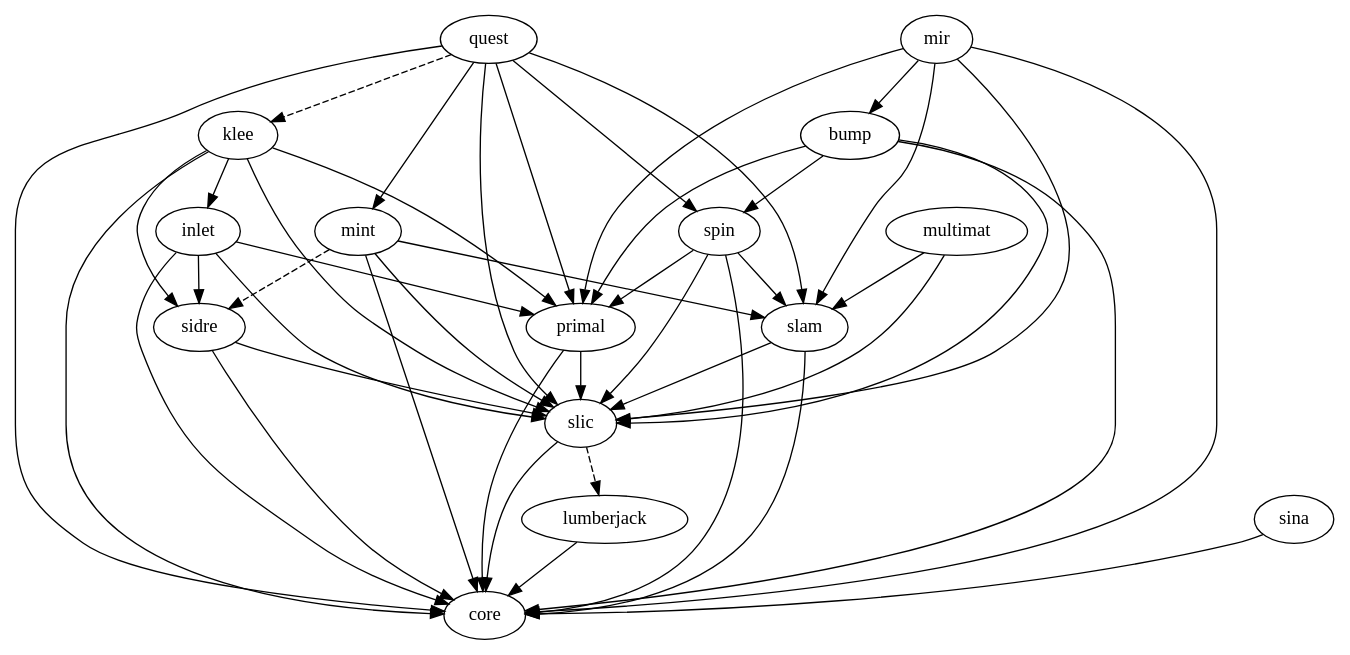
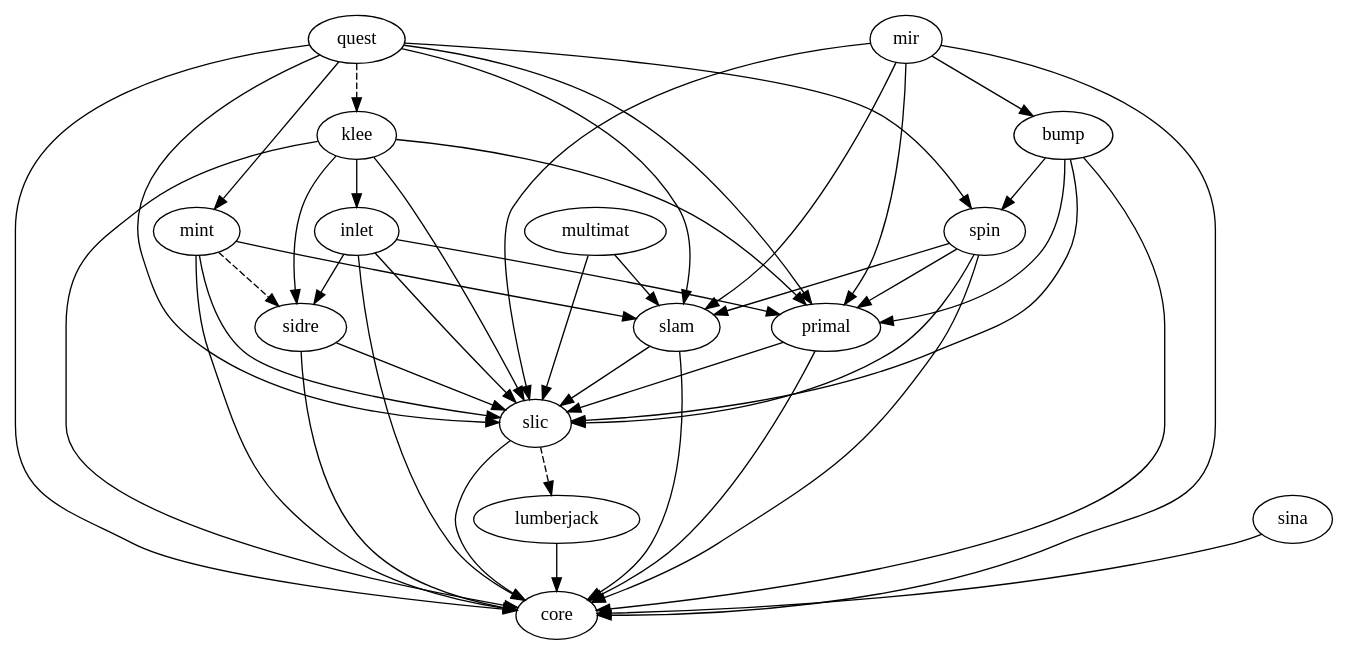
Before and after one commit to llnl/axom: the diagram in src/docs/dependencies.dot, drawn with Graphviz.

Commit message:
Simplication of dependencies.dot

```diff
--- a/src/docs/dependencies.dot
+++ b/src/docs/dependencies.dot
@@ -1,18 +1,17 @@
 digraph dependencies {
   quest -> {slam primal mint spin};
   quest -> klee [style="dashed"];
-  {inlet klee mint primal quest slam spin} -> {slic core};
+  {inlet klee mint primal quest slam spin sidre} -> {slic core};
   mint -> slam
   mint -> sidre [style="dashed"];
   mir -> {bump slic core slam primal};
   multimat -> {slic slam};
   spin -> {slam primal};
-  sidre -> {slic core};
   sina -> {core};
   slic -> core;
   slic -> lumberjack [style="dashed"];
   lumberjack -> core;
   inlet -> {sidre primal};
   klee -> {sidre primal inlet};
   bump -> {core slic spin primal};
 }
```
